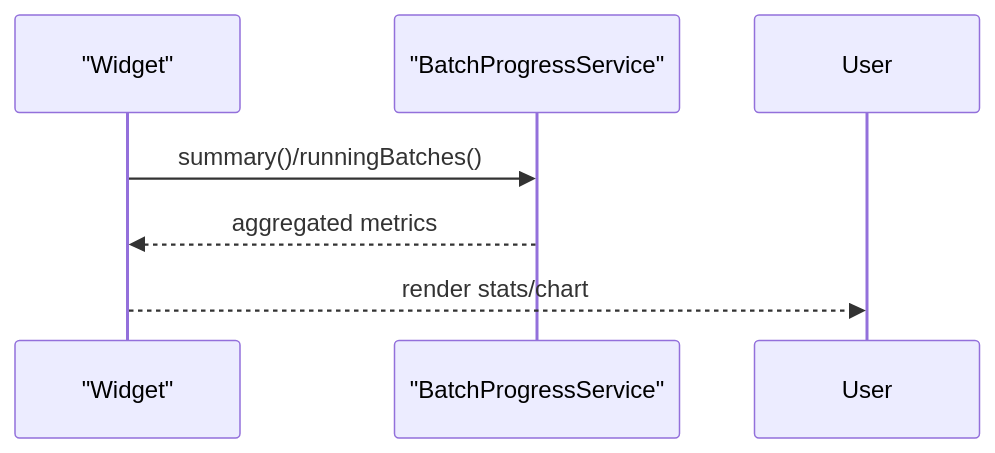
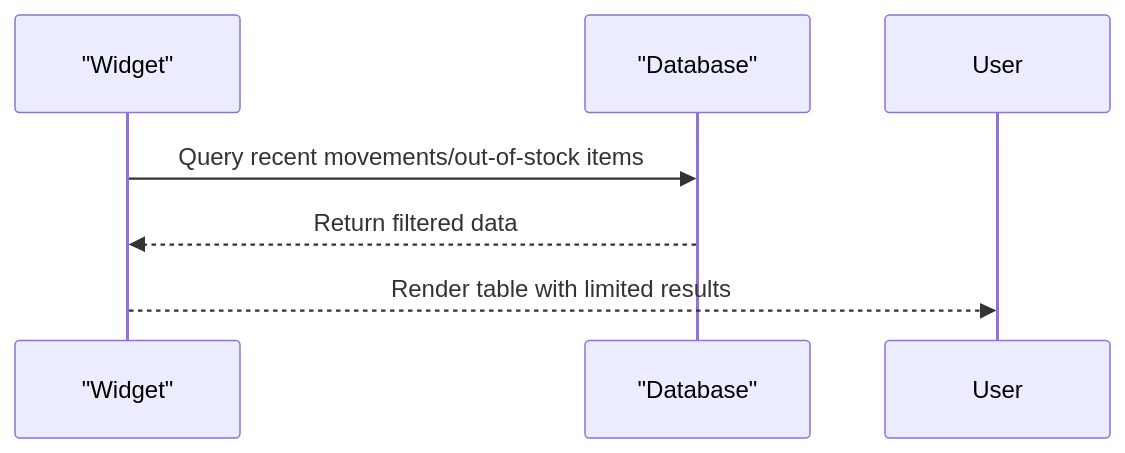
Diagram 16 of 18 in .qoder/repowiki/en/content/Filament Admin Panel/Filament Admin Panel.md (Dikksap/laravel_RsvHelmet), drawn with Mermaid before and after one commit. The commit also changed other lines of this file and 13 other files, not shown here.

````diff
--- a/.qoder/repowiki/en/content/Filament Admin Panel/Filament Admin Panel.md
+++ b/.qoder/repowiki/en/content/Filament Admin Panel/Filament Admin Panel.md
@@ -597,8 +596,8 @@
 ```mermaid
 sequenceDiagram
 participant Widget as "Widget"
-participant Service as "BatchProgressService"
-Widget->>Service : summary()/runningBatches()
-Service-->>Widget : aggregated metrics
-Widget-->>User : render stats/chart
+participant Database as "Database"
+Widget->>Database : Query recent movements/out-of-stock items
+Database-->>Widget : Return filtered data
+Widget-->>User : Render table with limited results
 ```
````
